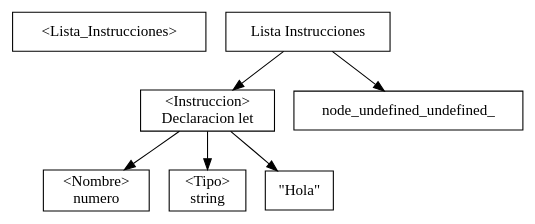
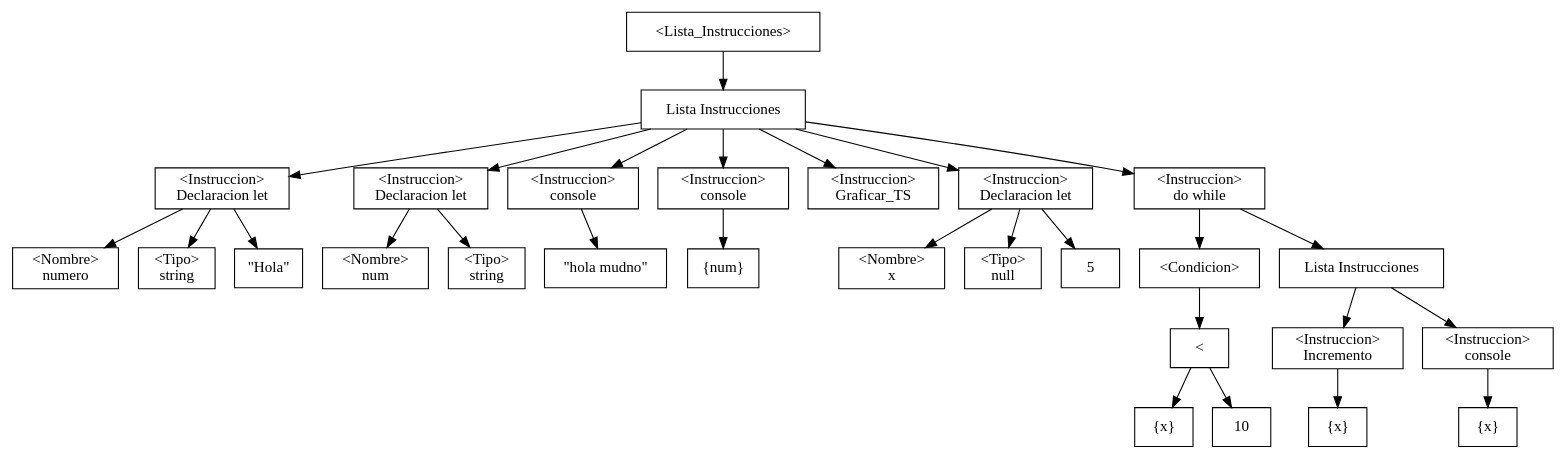
One commit to bmoisesg/AST changed the diagram in out/ast.dot. Above: the diagram before and after it, drawn with Graphviz. The commit also changed 18 other files, not shown here.

```diff
--- a/out/ast.dot
+++ b/out/ast.dot
@@ -1,13 +1,60 @@
 digraph G {
 node[shape=box];nodeOriginal[label="<\Lista_Instrucciones\>"];
         node_1_1_[label="Lista Instrucciones"];        
         node_1_1_->node_3_5_;
         node_3_5_[label="\<Instruccion\>\nDeclaracion let"];
         node_3_5_1[label="\<Nombre\>\nnumero"];
         node_3_5_2[label="\<Tipo\>\nstring"];
         node_3_5_->node_3_5_1
         node_3_5_->node_3_5_2
         node_3_5_->
         node_3_29_;
-        node_3_29_[label="\"Hola\""];node_1_1_->node_undefined_undefined_;
+        node_3_29_[label="\"Hola\""];node_1_1_->node_4_5_;
+        node_4_5_[label="\<Instruccion\>\nDeclaracion let"];
+        node_4_5_1[label="\<Nombre\>\nnum"];
+        node_4_5_2[label="\<Tipo\>\nstring"];
+        node_4_5_->node_4_5_1
+        node_4_5_->node_4_5_2
+        node_1_1_->node_5_5_;
+        node_5_5_[label="\<Instruccion\>\nconsole"];node_5_5_->
+        node_5_28_;
+        node_5_28_[label="\"hola mudno\""];node_1_1_->node_6_5_;
+        node_6_5_[label="\<Instruccion\>\nconsole"];node_6_5_->
+        node_6_17_;
+        node_6_17_[label="{num}"];
+        node_1_1_->node_7_5_;node_7_5_[label="\<Instruccion\>\nGraficar_TS"];node_1_1_->node_9_5_;
+        node_9_5_[label="\<Instruccion\>\nDeclaracion let"];
+        node_9_5_1[label="\<Nombre\>\nx"];
+        node_9_5_2[label="\<Tipo\>\nnull"];
+        node_9_5_->node_9_5_1
+        node_9_5_->node_9_5_2
+        node_9_5_->
+        node_9_11_;
+        node_9_11_[label="5"];node_1_1_->node_11_5_;
+        node_11_5_[label="\<Instruccion\>\ndo while"];
+        node_11_5_1[label="\<Condicion\>"];
+        node_11_5_->node_11_5_1;
+        node_11_5_1->
+        node_14_14_;
+        node_14_14_[label="\<"];
+        node_14_14_->
+        node_14_13_;
+        node_14_13_[label="{x}"];
+        
+        node_14_14_->
+        node_14_15_;
+        node_14_15_[label="10"];
+        
+        node_11_5_->node_11_7_;        
+        
+        node_11_7_[label="Lista Instrucciones"];        
+        node_11_7_->node_12_9_;
+        node_12_9_[label="\<Instruccion\>\nIncremento"];
+        node_12_9_1[label="{x}"];
+        node_12_9_->node_12_9_1;
+        node_11_7_->node_13_9_;
+        node_13_9_[label="\<Instruccion\>\nconsole"];node_13_9_->
+        node_13_21_;
+        node_13_21_[label="{x}"];
+        nodeOriginal->node_1_1_;
 }
```
